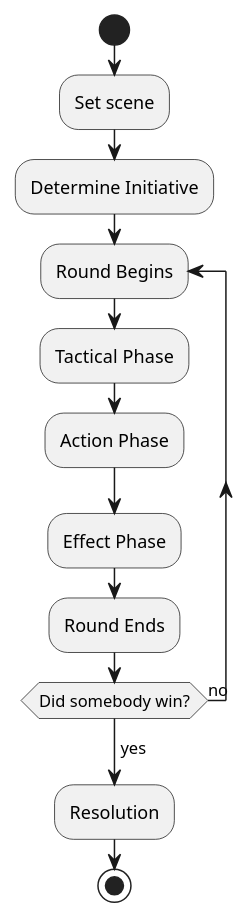
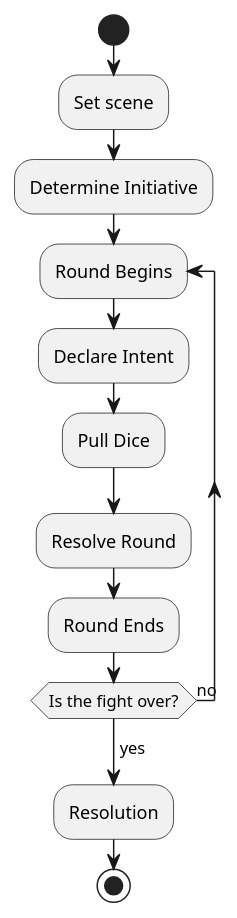
Before and after one commit to s-20/unnamed: the diagram in Combat.md, drawn with PlantUML. The commit also changed other lines of this file and 2 other files, not shown here.

````diff
--- a/Combat.md
+++ b/Combat.md
@@ -40,22 +41,22 @@
 ```plantuml
 
 @startuml
 
 start
 
 :Set scene;
 :Determine Initiative;
 repeat :Round Begins;
-  :Tactical Phase;
-  :Action Phase;
-  :Effect Phase;
+  :Declare Intent;
+  :Pull Dice;
+  :Resolve Round;
   :Round Ends;
-repeat while (Did somebody win?) is (no)
+repeat while (Is the fight over?) is (no)
 ->yes;
 :Resolution;
 
 stop
 
 @enduml
 
 ```
````
